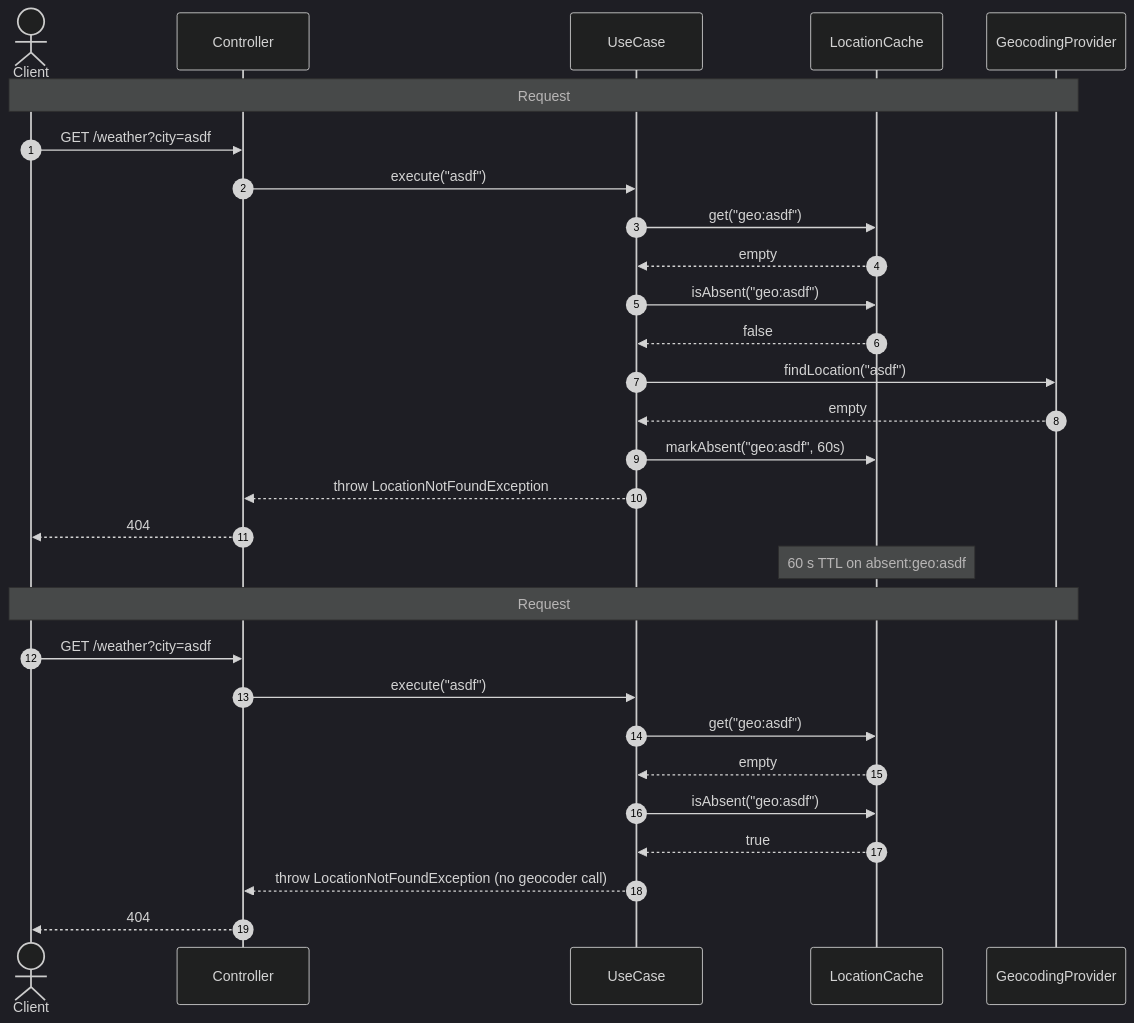
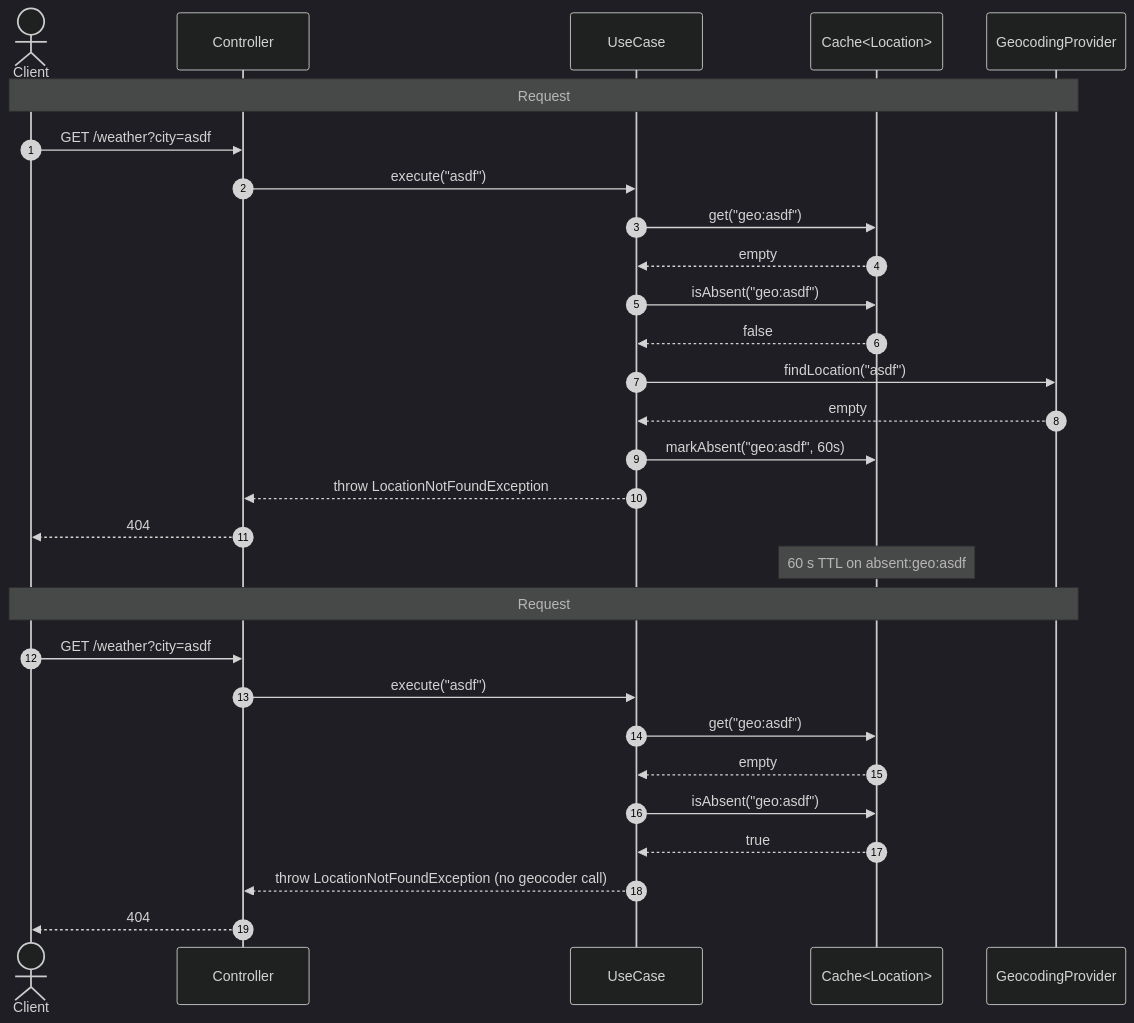
Before and after one commit to ythalorossy/weather-wrapper-service: the third of 3 diagrams in docs/use-cases.md, drawn with Mermaid (dark theme). The commit also changed other lines of this file and 7 other files, not shown here.

````diff
--- a/docs/use-cases.md
+++ b/docs/use-cases.md
@@ -149,36 +149,36 @@
 ```mermaid
 sequenceDiagram
     autonumber
     actor Client
     participant Ctrl as Controller
     participant UC as UseCase
-    participant LC as LocationCache
+    participant LC as Cache<Location>
     participant GP as GeocodingProvider
 
     Note over Client,GP: Request #1 — Nominatim absorbs the miss
 
     Client->>Ctrl: GET /weather?city=asdf
     Ctrl->>UC: execute("asdf")
     UC->>LC: get("geo:asdf")
     LC-->>UC: empty
     UC->>LC: isAbsent("geo:asdf")
     LC-->>UC: false
     UC->>GP: findLocation("asdf")
     GP-->>UC: empty
     UC->>LC: markAbsent("geo:asdf", 60s)
     UC-->>Ctrl: throw LocationNotFoundException
     Ctrl-->>Client: 404
 
     Note over LC: 60 s TTL on absent:geo:asdf
 
     Note over Client,GP: Request #2 (within 60 s) — Nominatim untouched
 
     Client->>Ctrl: GET /weather?city=asdf
     Ctrl->>UC: execute("asdf")
     UC->>LC: get("geo:asdf")
     LC-->>UC: empty
     UC->>LC: isAbsent("geo:asdf")
     LC-->>UC: true
     UC-->>Ctrl: throw LocationNotFoundException (no geocoder call)
     Ctrl-->>Client: 404
 ```
````
